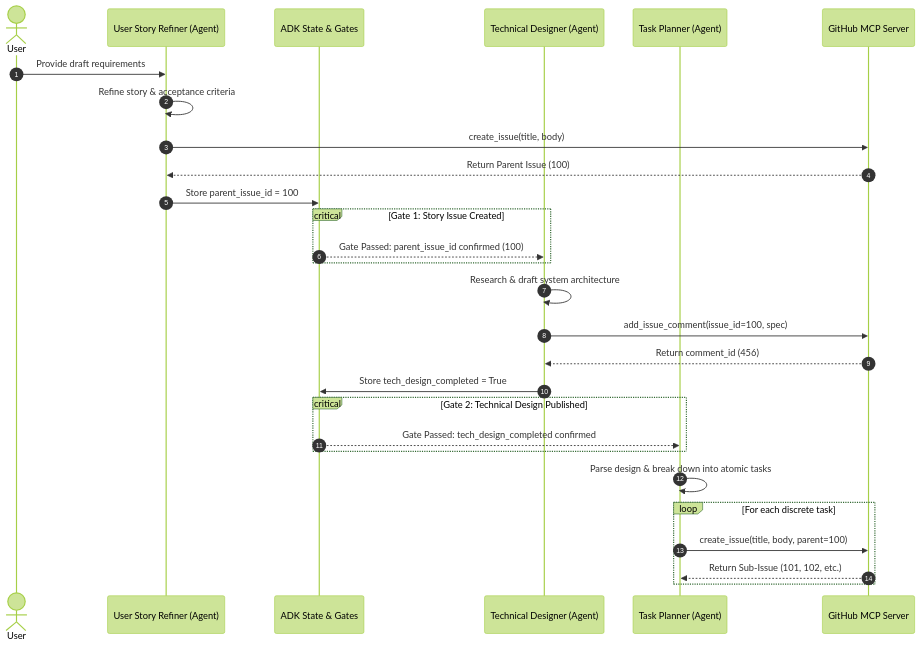
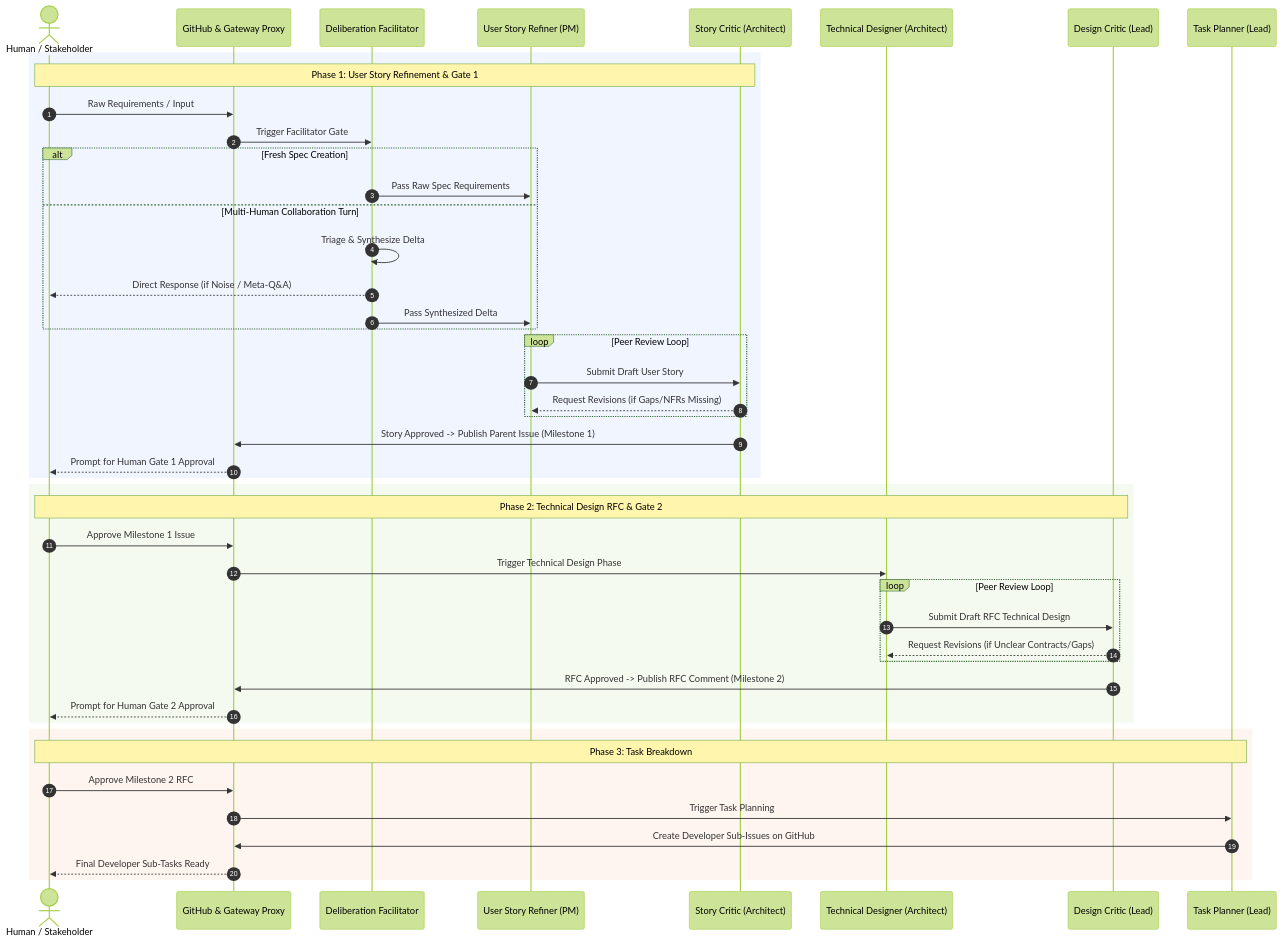
One commit to mbychkowski/agent-factory changed the diagram in README.md. Above: the diagram before and after it, drawn with Mermaid (forest theme). The commit also changed other lines of this file and 99 other files, not shown here.

````diff
--- a/README.md
+++ b/README.md
@@ -11,39 +11,51 @@
 ```mermaid
 sequenceDiagram
     autonumber
-    actor User
-    participant Refiner as User Story Refiner (Agent)
-    participant State as ADK State & Gates
-    participant Designer as Technical Designer (Agent)
-    participant Planner as Task Planner (Agent)
-    participant GitHub as GitHub MCP Server
+    actor Human as Human / Stakeholder
+    participant GW as GitHub & Gateway Proxy
+    participant FAC as Deliberation Facilitator
+    participant REF as User Story Refiner (PM)
+    participant SC as Story Critic (Architect)
+    participant DES as Technical Designer (Architect)
+    participant DC as Design Critic (Lead)
+    participant PLN as Task Planner (Lead)
 
-    User->>Refiner: Provide draft requirements
-    Refiner->>Refiner: Refine story & acceptance criteria
-
-    Refiner->>GitHub: create_issue(title, body)
-    GitHub-->>Refiner: Return Parent Issue (100)
-
-    Refiner->>State: Store parent_issue_id = 100
-
-    critical Gate 1: Story Issue Created
-        State-->>Designer: Gate Passed: parent_issue_id confirmed (100)
+    rect rgb(240, 245, 255)
+        note over Human,SC: Phase 1: User Story Refinement & Gate 1
+        Human->>GW: Raw Requirements / Input
+        GW->>FAC: Trigger Facilitator Gate
+        alt Fresh Spec Creation
+            FAC->>REF: Pass Raw Spec Requirements
+        else Multi-Human Collaboration Turn
+            FAC->>FAC: Triage & Synthesize Delta
+            FAC-->>Human: Direct Response (if Noise / Meta-Q&A)
+            FAC->>REF: Pass Synthesized Delta
+        end
+        loop Peer Review Loop
+            REF->>SC: Submit Draft User Story
+            SC-->>REF: Request Revisions (if Gaps/NFRs Missing)
+        end
+        SC->>GW: Story Approved -> Publish Parent Issue (Milestone 1)
+        GW-->>Human: Prompt for Human Gate 1 Approval
     end
 
-    Designer->>Designer: Research & draft system architecture
-    Designer->>GitHub: add_issue_comment(issue_id=100, spec)
-    GitHub-->>Designer: Return comment_id (456)
-
-    Designer->>State: Store tech_design_completed = True
-
-    critical Gate 2: Technical Design Published
-        State-->>Planner: Gate Passed: tech_design_completed confirmed
+    rect rgb(245, 250, 240)
+        note over Human,DC: Phase 2: Technical Design RFC & Gate 2
+        Human->>GW: Approve Milestone 1 Issue
+        GW->>DES: Trigger Technical Design Phase
+        loop Peer Review Loop
+            DES->>DC: Submit Draft RFC Technical Design
+            DC-->>DES: Request Revisions (if Unclear Contracts/Gaps)
+        end
+        DC->>GW: RFC Approved -> Publish RFC Comment (Milestone 2)
+        GW-->>Human: Prompt for Human Gate 2 Approval
     end
 
-    Planner->>Planner: Parse design & break down into atomic tasks
-
-    loop For each discrete task
-        Planner->>GitHub: create_issue(title, body, parent=100)
-        GitHub-->>Planner: Return Sub-Issue (101, 102, etc.)
+    rect rgb(255, 245, 240)
+        note over Human,PLN: Phase 3: Task Breakdown
+        Human->>GW: Approve Milestone 2 RFC
+        GW->>PLN: Trigger Task Planning
+        PLN->>GW: Create Developer Sub-Issues on GitHub
+        GW-->>Human: Final Developer Sub-Tasks Ready
     end
 ```
````
